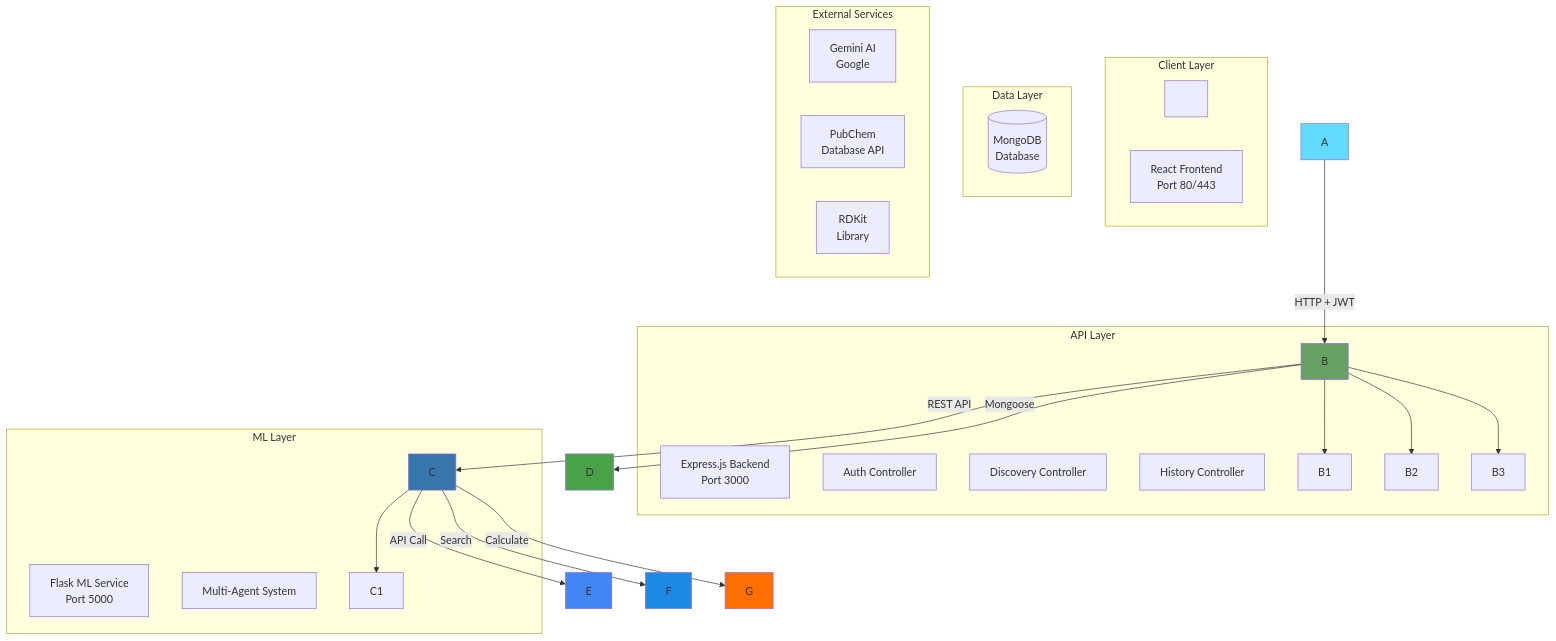
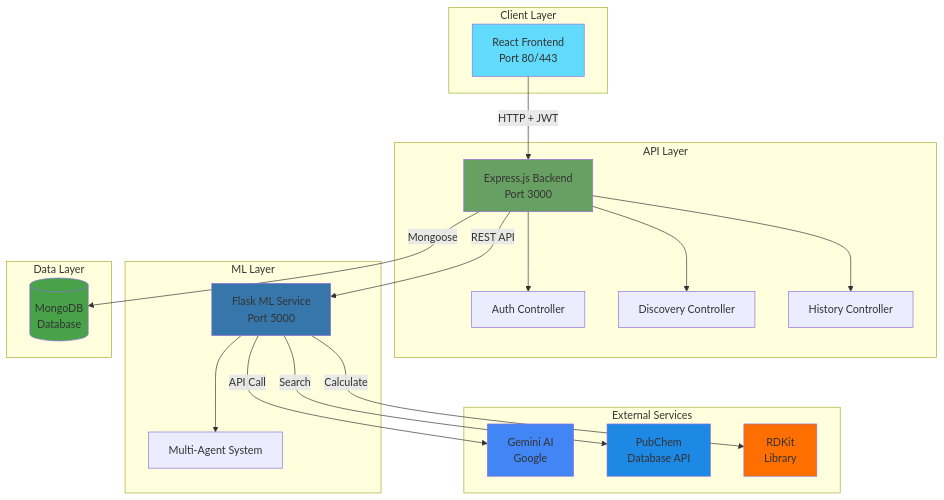
One commit to NUGRAHA18/chemical_discovery_ai changed the first of 4 diagrams in ARCHITECTURE.md. Above: the diagram before and after it, drawn with Mermaid. The commit also changed other lines of this file, not shown here.

Commit message:
add architecture

````diff
--- a/ARCHITECTURE.md
+++ b/ARCHITECTURE.md
@@ -5,93 +5,47 @@
 ```mermaid
+graph TB
+    subgraph "Client Layer"
+        A[React Frontend<br/>Port 80/443]
+    end
 
-graph TB
+    subgraph "API Layer"
+        B[Express.js Backend<br/>Port 3000]
+        B1[Auth Controller]
+        B2[Discovery Controller]
+        B3[History Controller]
+        B --> B1
+        B --> B2
+        B --> B3
+    end
 
-&nbsp;   subgraph "Client Layer"
+    subgraph "ML Layer"
+        C[Flask ML Service<br/>Port 5000]
+        C1[Multi-Agent System]
+        C --> C1
+    end
 
-&nbsp;       A\[React Frontend<br/>Port 80/443]
+    subgraph "Data Layer"
+        D[(MongoDB<br/>Database)]
+    end
 
-&nbsp;   end
+    subgraph "External Services"
+        E[Gemini AI<br/>Google]
+        F[PubChem<br/>Database API]
+        G[RDKit<br/>Library]
+    end
 
-&nbsp;
+    A -->|HTTP + JWT| B
+    B -->|Mongoose| D
+    B -->|REST API| C
+    C -->|API Call| E
+    C -->|Search| F
+    C -->|Calculate| G
 
-&nbsp;   subgraph "API Layer"
-
-&nbsp;       B\[Express.js Backend<br/>Port 3000]
-
-&nbsp;       B1\[Auth Controller]
-
-&nbsp;       B2\[Discovery Controller]
-
-&nbsp;       B3\[History Controller]
-
-&nbsp;       B --> B1
-
-&nbsp;       B --> B2
-
-&nbsp;       B --> B3
-
-&nbsp;   end
-
-&nbsp;
-
-&nbsp;   subgraph "ML Layer"
-
-&nbsp;       C\[Flask ML Service<br/>Port 5000]
-
-&nbsp;       C1\[Multi-Agent System]
-
-&nbsp;       C --> C1
-
-&nbsp;   end
-
-&nbsp;
-
-&nbsp;   subgraph "Data Layer"
-
-&nbsp;       D\[(MongoDB<br/>Database)]
-
-&nbsp;   end
-
-&nbsp;
-
-&nbsp;   subgraph "External Services"
-
-&nbsp;       E\[Gemini AI<br/>Google]
-
-&nbsp;       F\[PubChem<br/>Database API]
-
-&nbsp;       G\[RDKit<br/>Library]
-
-&nbsp;   end
-
-&nbsp;
-
-&nbsp;   A -->|HTTP + JWT| B
-
-&nbsp;   B -->|Mongoose| D
-
-&nbsp;   B -->|REST API| C
-
-&nbsp;   C -->|API Call| E
-
-&nbsp;   C -->|Search| F
-
-&nbsp;   C -->|Calculate| G
-
-&nbsp;
-
-&nbsp;   style A fill:#61dafb
-
-&nbsp;   style B fill:#68a063
-
-&nbsp;   style C fill:#3776ab
-
-&nbsp;   style D fill:#47a248
-
-&nbsp;   style E fill:#4285f4
-
-&nbsp;   style F fill:#1e88e5
-
-&nbsp;   style G fill:#ff6f00
-
+    style A fill:#61dafb
+    style B fill:#68a063
+    style C fill:#3776ab
+    style D fill:#47a248
+    style E fill:#4285f4
+    style F fill:#1e88e5
+    style G fill:#ff6f00
 ```
````
